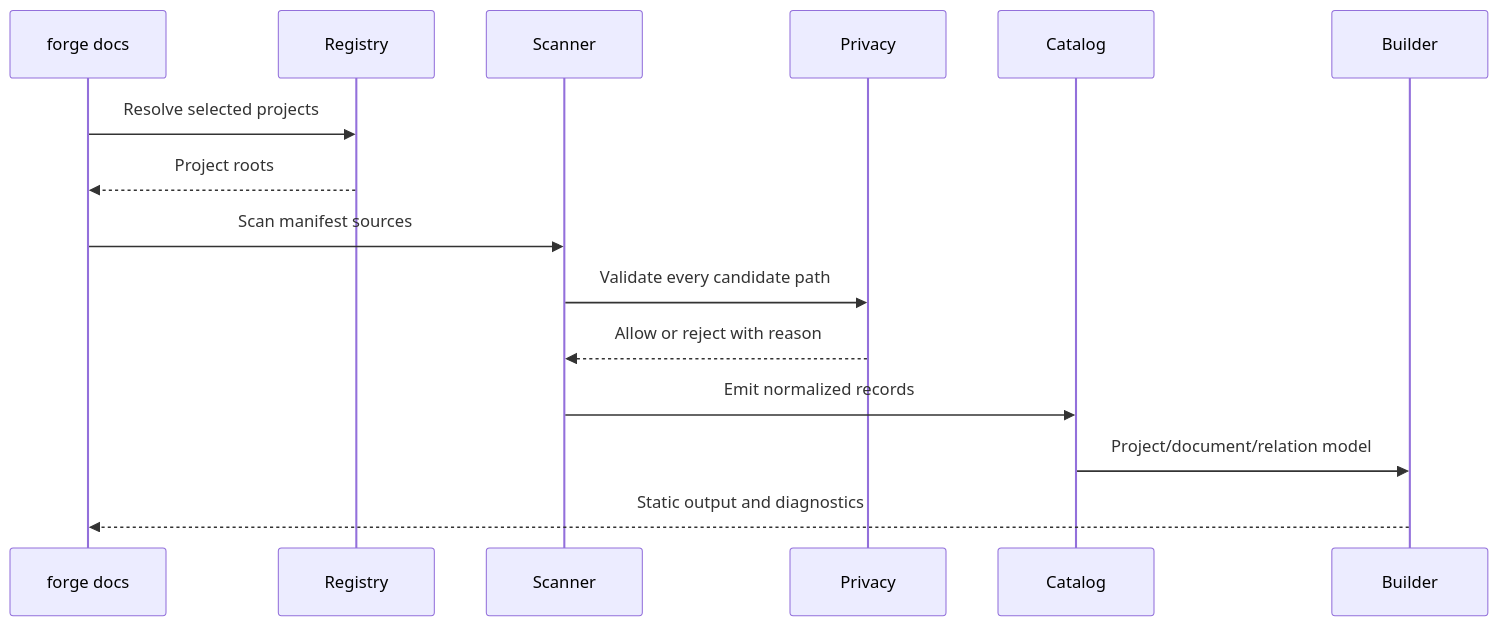
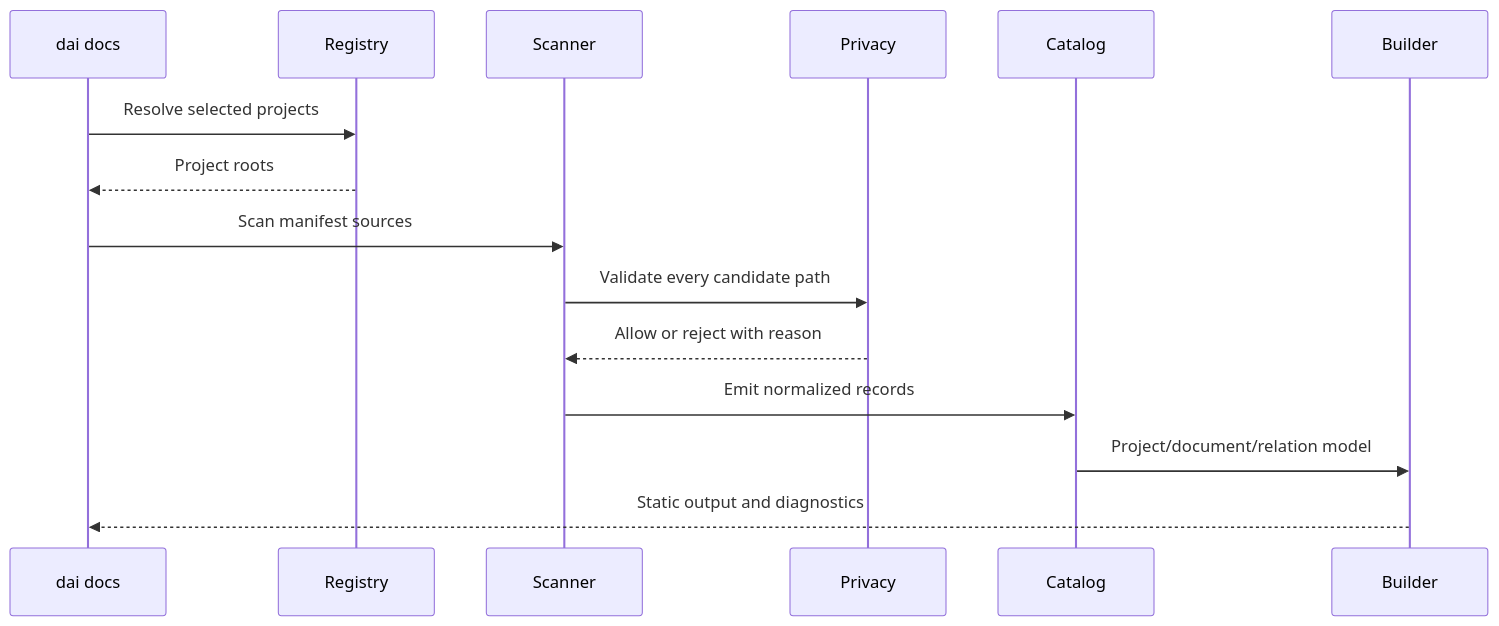
One commit to Exia-thd/DAI-nexus changed the diagram in antigravity/planning/docs-hub/ARCHITECTURE.md. Above: the diagram before and after it, drawn with Mermaid. The commit also changed 149 other files, not shown here.

````diff
--- a/antigravity/planning/docs-hub/ARCHITECTURE.md
+++ b/antigravity/planning/docs-hub/ARCHITECTURE.md
@@ -22,18 +22,18 @@
 ```mermaid
 sequenceDiagram
-    participant CLI as forge docs
+    participant CLI as dai docs
     participant Registry
     participant Scanner
     participant Privacy
     participant Catalog
     participant Builder
 
     CLI->>Registry: Resolve selected projects
     Registry-->>CLI: Project roots
     CLI->>Scanner: Scan manifest sources
     Scanner->>Privacy: Validate every candidate path
     Privacy-->>Scanner: Allow or reject with reason
     Scanner->>Catalog: Emit normalized records
     Catalog->>Builder: Project/document/relation model
     Builder-->>CLI: Static output and diagnostics
 ```
````
